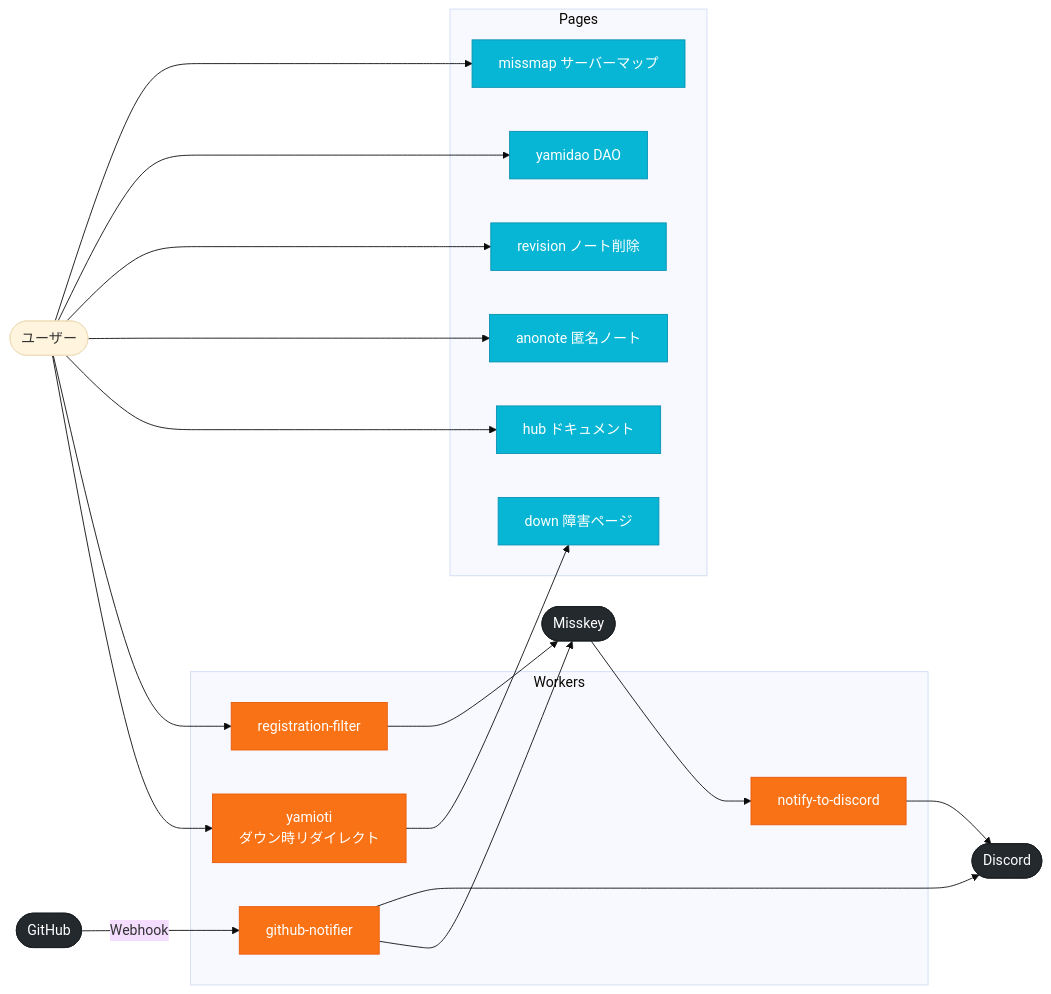
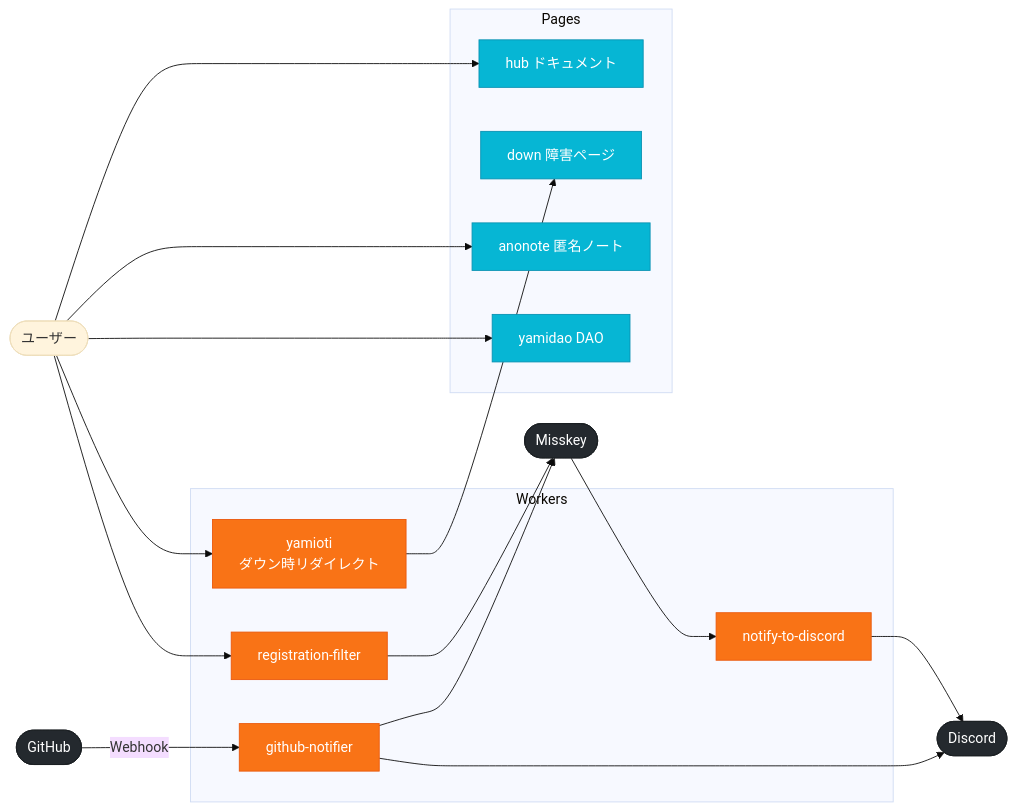
Before and after one commit to yamisskey-dev/yamisskey-host: the fourth of 5 diagrams in README.md, drawn with Mermaid (base theme).

Commit message:
Update network traffic flow diagram in README
Removed revision and missmap pages from the network traffic flow diagram.

````diff
--- a/README.md
+++ b/README.md
@@ -125,33 +125,31 @@
 ```mermaid
 graph LR
     classDef workers fill:#f97316,stroke:#ea580c,color:#fff
     classDef pages fill:#06b6d4,stroke:#0891b2,color:#fff
     classDef ext fill:#24292e,stroke:#1b1f23,color:#fff
 
     github([GitHub]):::ext
     misskey([Misskey]):::ext
     discord([Discord]):::ext
     users([ユーザー])
 
     subgraph workers[Workers]
         notifier[github-notifier]:::workers
         yamioti[yamioti<br/>ダウン時リダイレクト]:::workers
         signup[registration-filter]:::workers
         discord_notify[notify-to-discord]:::workers
     end
 
     subgraph pages[Pages]
         hub[hub ドキュメント]:::pages
         down[down 障害ページ]:::pages
         anonote[anonote 匿名ノート]:::pages
-        revision[revision ノート削除]:::pages
         yamidao[yamidao DAO]:::pages
-        missmap[missmap サーバーマップ]:::pages
     end
 
     github -->|Webhook| notifier --> misskey & discord
     misskey --> discord_notify --> discord
     users --> yamioti --> down
     users --> signup --> misskey
-    users --> hub & anonote & revision & yamidao & missmap
+    users --> hub & anonote & yamidao
 ```
````
